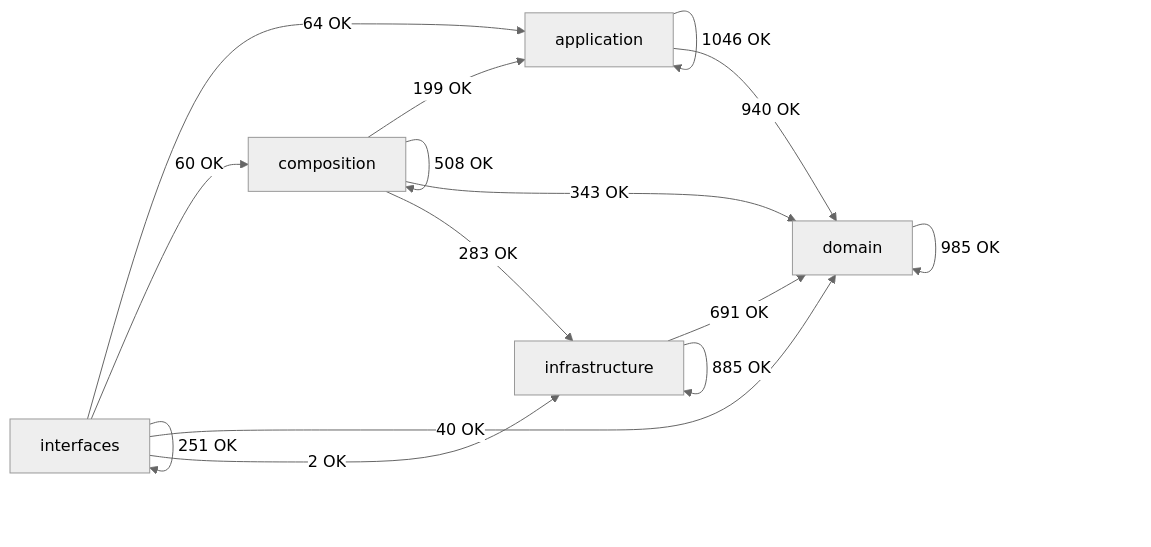
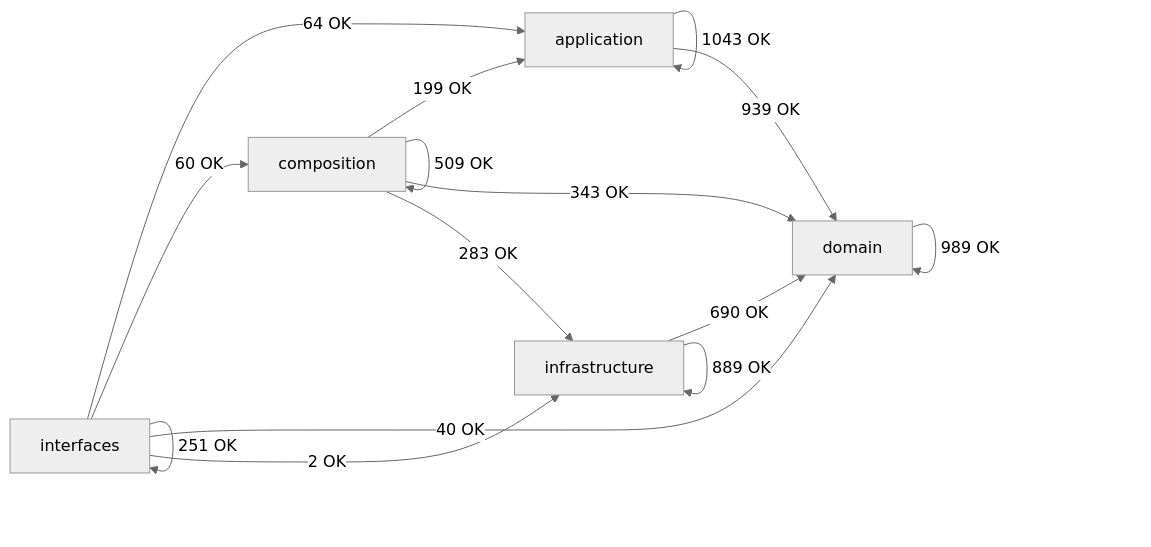
Before and after one commit to SatoryKono/BioactivityDataAcquisition: the diagram in docs/02-architecture/generated/module-dependency-map.md, drawn with Mermaid (neutral theme). The commit also changed other lines of this file and 5 other files, not shown here.

````diff
--- a/docs/02-architecture/generated/module-dependency-map.md
+++ b/docs/02-architecture/generated/module-dependency-map.md
@@ -17,22 +17,22 @@
 ```mermaid
 flowchart LR
     domain[domain]
     application[application]
     infrastructure[infrastructure]
     composition[composition]
     interfaces[interfaces]
-    application -->|1046 OK| application
-    application -->|940 OK| domain
+    application -->|1043 OK| application
+    application -->|939 OK| domain
     composition -->|199 OK| application
-    composition -->|508 OK| composition
+    composition -->|509 OK| composition
     composition -->|343 OK| domain
     composition -->|283 OK| infrastructure
-    domain -->|985 OK| domain
-    infrastructure -->|691 OK| domain
-    infrastructure -->|885 OK| infrastructure
+    domain -->|989 OK| domain
+    infrastructure -->|690 OK| domain
+    infrastructure -->|889 OK| infrastructure
     interfaces -->|64 OK| application
     interfaces -->|60 OK| composition
     interfaces -->|40 OK| domain
     interfaces -->|2 OK| infrastructure
     interfaces -->|251 OK| interfaces
 ```
````
